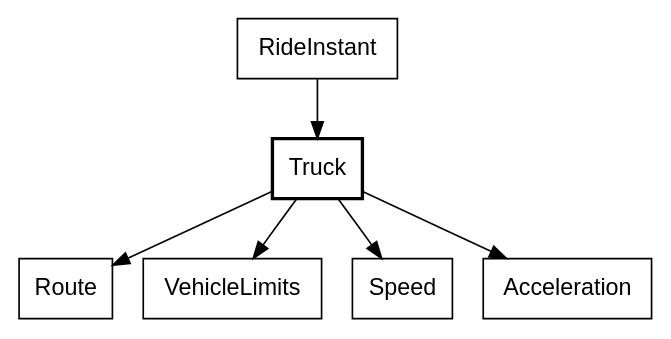
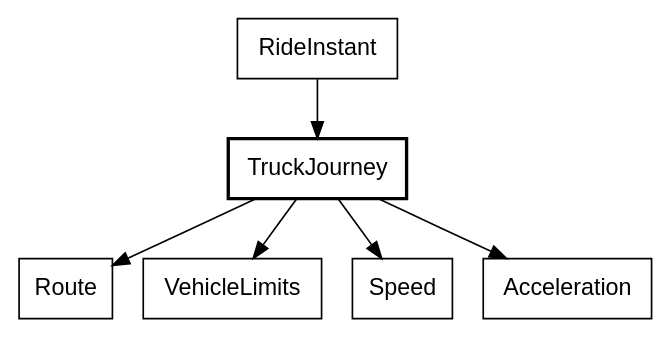
One commit to showell/roc-apps changed diagram 21 of 35 in canvas_apps/safari/tutorial/tutorial.md. Above: the diagram before and after it, drawn with Graphviz. The commit also changed other lines of this file and 6 other files, not shown here.

First line of the commit message:
safari: Truck becomes TruckJourney, the truck's travel along the route

````diff
--- a/canvas_apps/safari/tutorial/tutorial.md
+++ b/canvas_apps/safari/tutorial/tutorial.md
@@ -1990,11 +1990,11 @@
 ```dot
 digraph truck_motion {
   node [shape=box, fontname="Helvetica"];
-  Truck [style=bold];
-  RideInstant -> Truck;
-  Truck -> Route;
-  Truck -> VehicleLimits;
-  Truck -> Speed;
-  Truck -> Acceleration;
+  TruckJourney [style=bold];
+  RideInstant -> TruckJourney;
+  TruckJourney -> Route;
+  TruckJourney -> VehicleLimits;
+  TruckJourney -> Speed;
+  TruckJourney -> Acceleration;
 }
 ```
````
